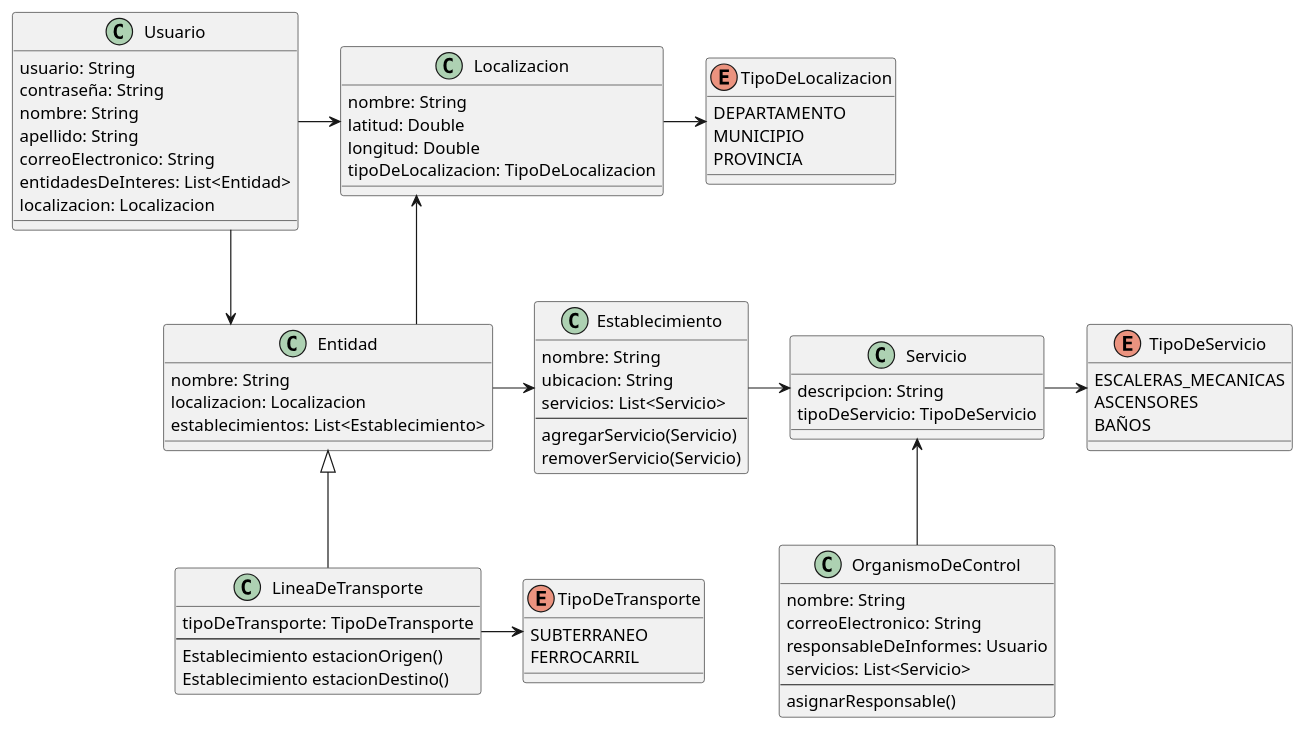
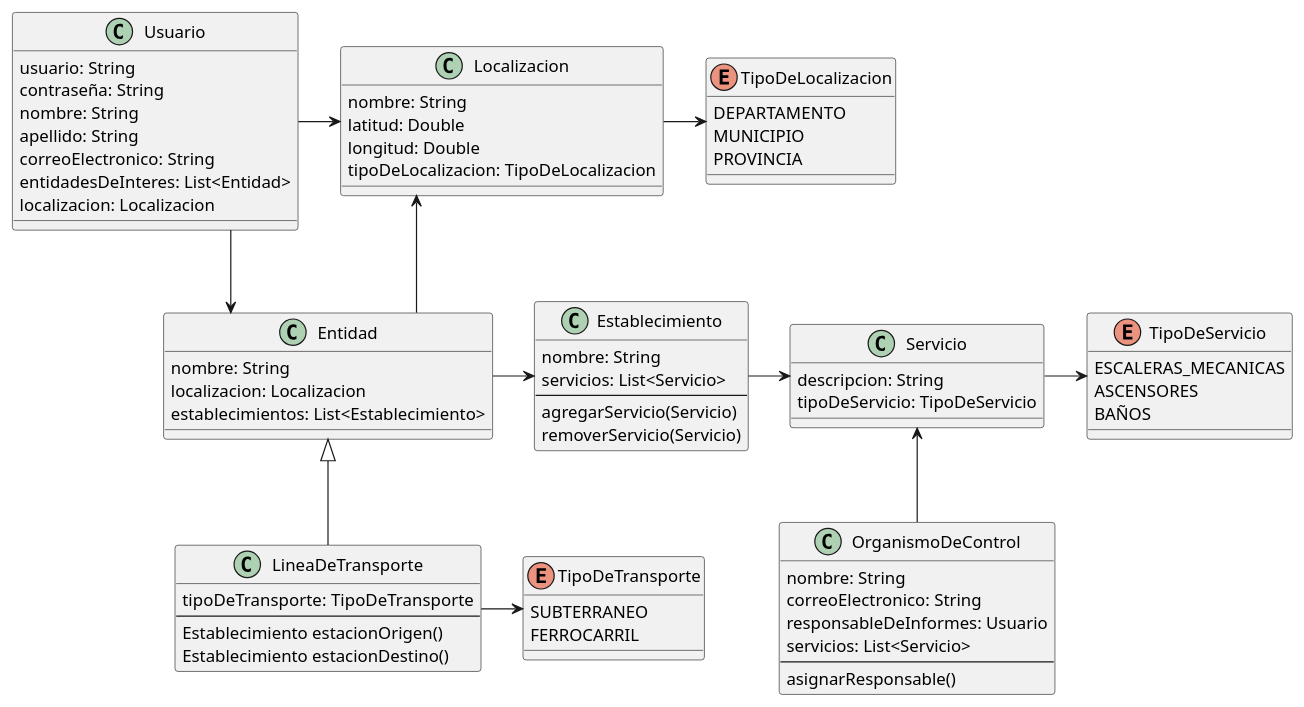
The diagram in docs/entrega-2/clases.puml (ValenAquino/tp-dds-2023), drawn with PlantUML before and after one commit.

Commit message:
fix(clases): sacar ubicacion de Establecimiento

```diff
--- a/docs/entrega-2/clases.puml
+++ b/docs/entrega-2/clases.puml
@@ -1,106 +1,105 @@
 @startuml TPA2-Clases
 skinparam linetype ortho
 
 ' Supermercado, Centro Comunal, Banco, ...
 class Entidad {
   nombre: String
   localizacion: Localizacion
   establecimientos: List<Establecimiento>
 }
 
 ' Sucursal, Estacion, ...
 class Establecimiento {
   nombre: String
-  ubicacion: String
   servicios: List<Servicio>
   --
   agregarServicio(Servicio)
   removerServicio(Servicio)
 }
 
 class Servicio {
   descripcion: String
   tipoDeServicio: TipoDeServicio
 }
 
 enum TipoDeServicio {
   ESCALERAS_MECANICAS
   ASCENSORES
   BAÑOS
 }
 
 class LineaDeTransporte {
   tipoDeTransporte: TipoDeTransporte
   --
   Establecimiento estacionOrigen()
   Establecimiento estacionDestino()
 }
 
 enum TipoDeTransporte {
   SUBTERRANEO
   FERROCARRIL
 }
 
 class Usuario {
   usuario: String
   contraseña: String
   nombre: String
   apellido: String
   correoElectronico: String
   entidadesDeInteres: List<Entidad>
   localizacion: Localizacion
   ' membresias: List<Membresia>
 }
 
 class Localizacion {
   nombre: String
   latitud: Double
   longitud: Double
   tipoDeLocalizacion: TipoDeLocalizacion
 }
 
 enum TipoDeLocalizacion {
   DEPARTAMENTO
   MUNICIPIO
   PROVINCIA
 }
 
 class OrganismoDeControl {
   nombre: String
   correoElectronico: String
   responsableDeInformes: Usuario
   servicios: List<Servicio>
   --
   asignarResponsable()
 }
 
 Entidad -> Establecimiento
 Establecimiento -> Servicio
 Servicio -> TipoDeServicio
 Entidad <|-- LineaDeTransporte
 LineaDeTransporte -> TipoDeTransporte
 Usuario --> Entidad
 Usuario -> Localizacion
 Localizacion <- Entidad
 Localizacion -> TipoDeLocalizacion
 Servicio <-- OrganismoDeControl
 
 /'
 
 class Comunidad {
   --
   crearServicio()
 }
 
 class Membresia {
   comunidad: Comunidad
   esAdministrador: Boolean
 }
 
 Comunidad ..> Servicio
 Usuario --> Membresia
 Comunidad <- Membresia
 
 '/
 
 @enduml
```
